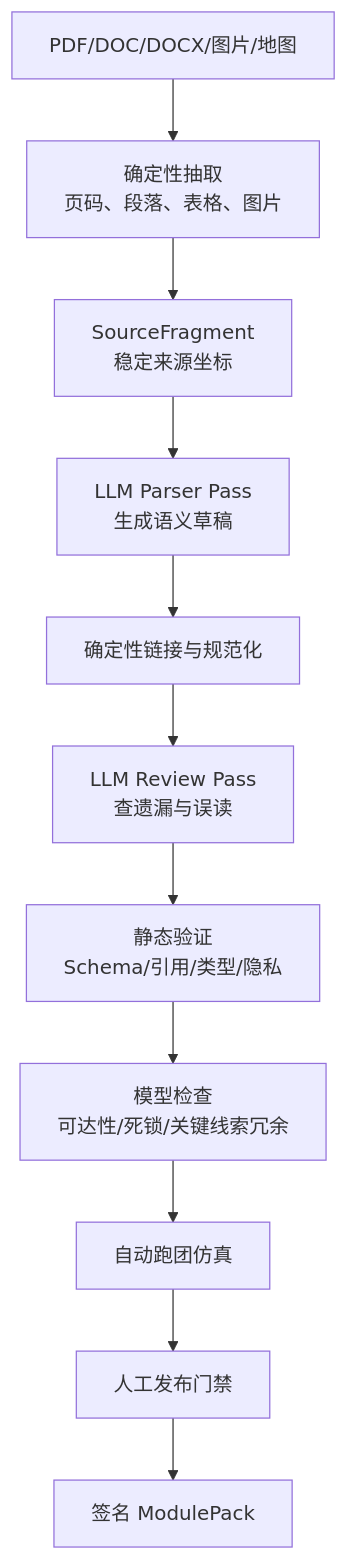
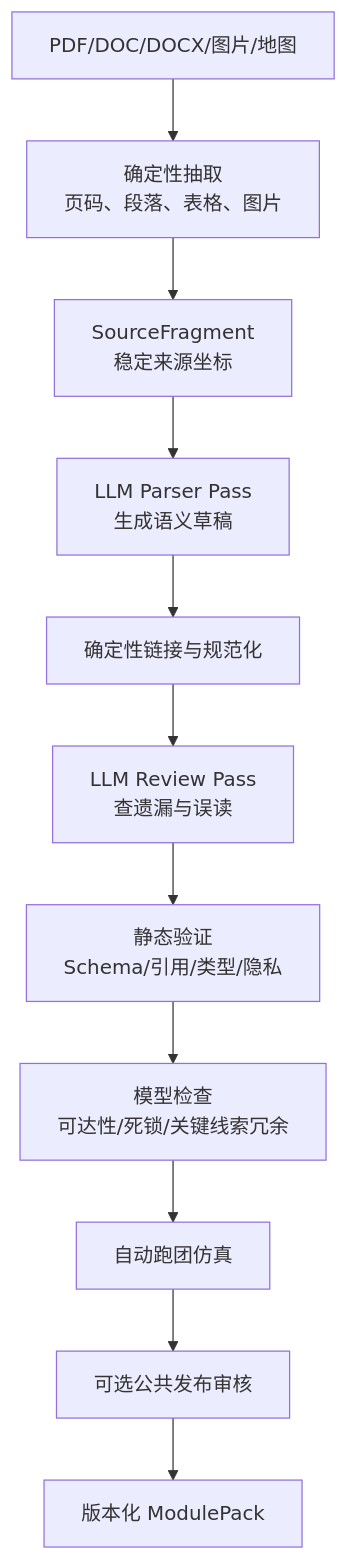
One commit to LMH168/TRPG-master changed the second of 3 diagrams in docs/ai-gm-system-design.md. Above: the diagram before and after it, drawn with Mermaid. The commit also changed other lines of this file and 17 other files, not shown here.

````diff
--- a/docs/ai-gm-system-design.md
+++ b/docs/ai-gm-system-design.md
@@ -285,13 +285,13 @@
 ```mermaid
 flowchart TD
     A["PDF/DOC/DOCX/图片/地图"] --> B["确定性抽取\n页码、段落、表格、图片"]
     B --> C["SourceFragment\n稳定来源坐标"]
     C --> D["LLM Parser Pass\n生成语义草稿"]
     D --> E["确定性链接与规范化"]
     E --> F["LLM Review Pass\n查遗漏与误读"]
     F --> G["静态验证\nSchema/引用/类型/隐私"]
     G --> H["模型检查\n可达性/死锁/关键线索冗余"]
     H --> I["自动跑团仿真"]
-    I --> J["人工发布门禁"]
-    J --> K["签名 ModulePack"]
+    I --> J["可选公共发布审核"]
+    J --> K["版本化 ModulePack"]
 ```
````
